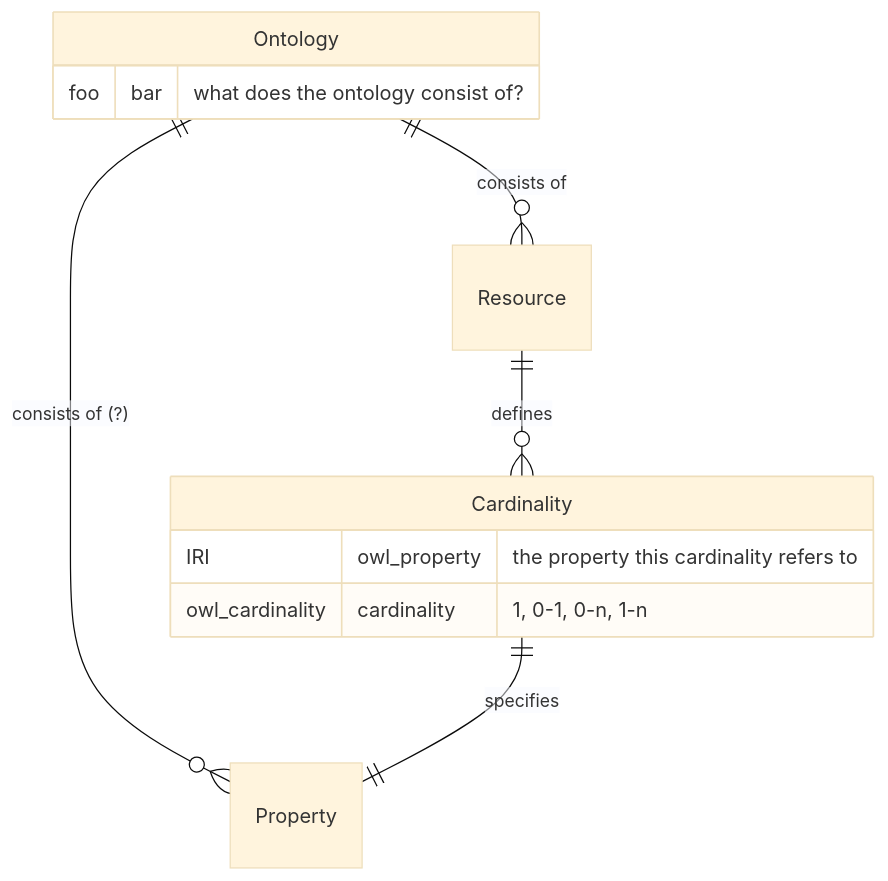
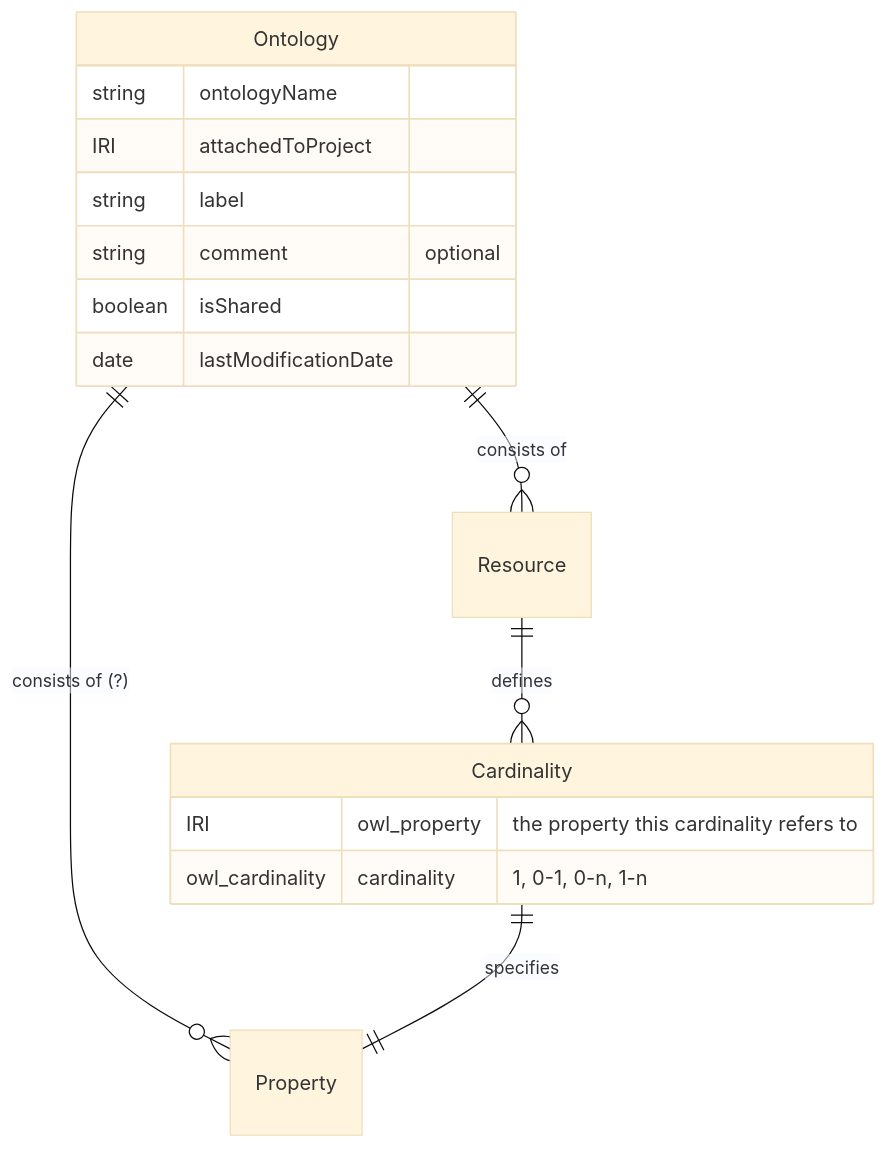
One commit to dasch-swiss/dsp-api changed the third of 8 diagrams in docs/architecture/docs/domain-model.md. Above: the diagram before and after it, drawn with Mermaid (base theme). The commit also changed other lines of this file, not shown here.

````diff
--- a/docs/architecture/docs/domain-model.md
+++ b/docs/architecture/docs/domain-model.md
@@ -118,14 +123,20 @@
 ```mermaid
 erDiagram
     Ontology {
-        foo bar "what does the ontology consist of?"
+        string ontologyName
+        IRI attachedToProject
+        string label
+        string comment "optional"
+        boolean isShared
+        date lastModificationDate
     }
+    Property {}
     Cardinality {
         IRI owl_property "the property this cardinality refers to"
         owl_cardinality cardinality "1, 0-1, 0-n, 1-n"
     }
     Ontology ||--o{ Resource: "consists of"
     Ontology ||--o{ Property: "consists of (?)"
     Resource ||--o{ Cardinality: defines
     Cardinality ||--|| Property: specifies
 ```
````
